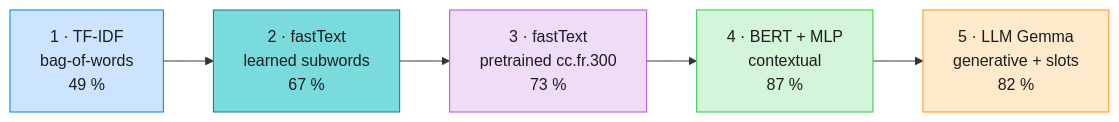
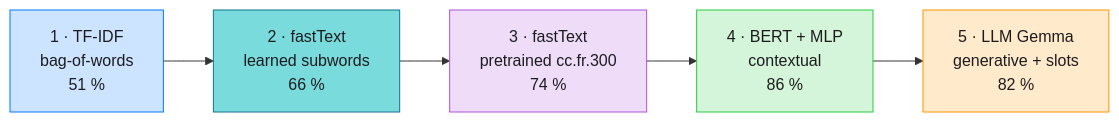
Before and after one commit to warith-harchaoui/intentions: the first of 2 diagrams in README.md, drawn with Mermaid. The commit also changed other lines of this file and 34 other files, not shown here.

````diff
--- a/README.md
+++ b/README.md
@@ -48,9 +48,9 @@
 ```mermaid
 flowchart LR
-    A["1 · TF-IDF<br/>bag-of-words<br/>49 %"] --> B["2 · fastText<br/>learned subwords<br/>67 %"] --> C["3 · fastText<br/>pretrained cc.fr.300<br/>73 %"] --> D["4 · BERT + MLP<br/>contextual<br/>87 %"] --> E["5 · LLM Gemma<br/>generative + slots<br/>82 %"]
+    A["1 · TF-IDF<br/>bag-of-words<br/>51 %"] --> B["2 · fastText<br/>learned subwords<br/>66 %"] --> C["3 · fastText<br/>pretrained cc.fr.300<br/>74 %"] --> D["4 · BERT + MLP<br/>contextual<br/>86 %"] --> E["5 · LLM Gemma<br/>generative + slots<br/>82 %"]
     style A fill:#CCE4FF,stroke:#007AFF,color:#1C1C1E
     style B fill:#79DBDC,stroke:#0E7490,color:#1C1C1E
     style C fill:#EFDCF8,stroke:#AF52DE,color:#1C1C1E
     style D fill:#D4F5D9,stroke:#28CD41,color:#1C1C1E
     style E fill:#FFEACC,stroke:#FF9500,color:#1C1C1E
 ```
````
